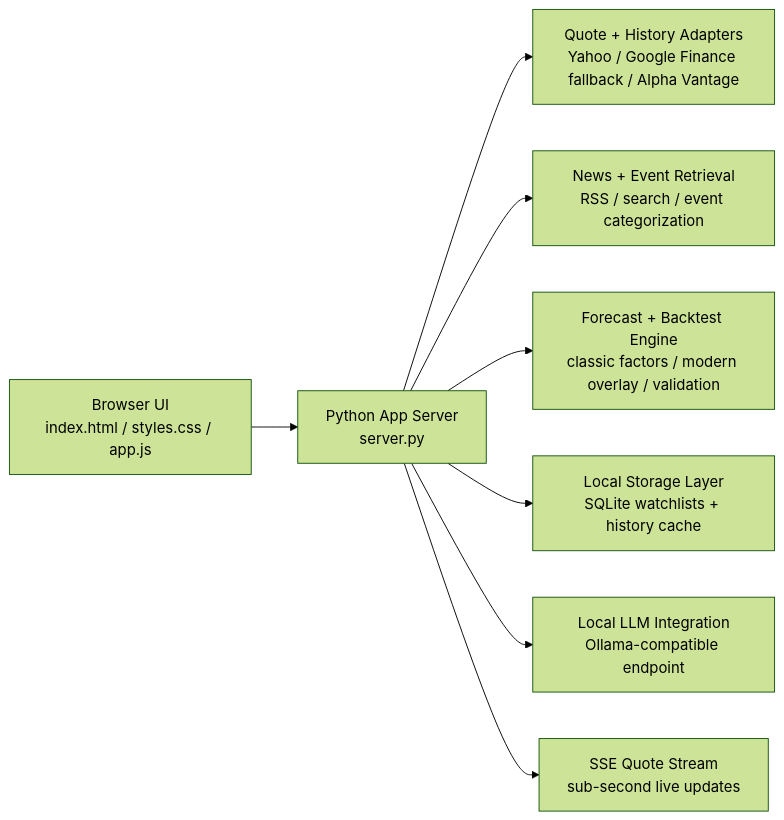
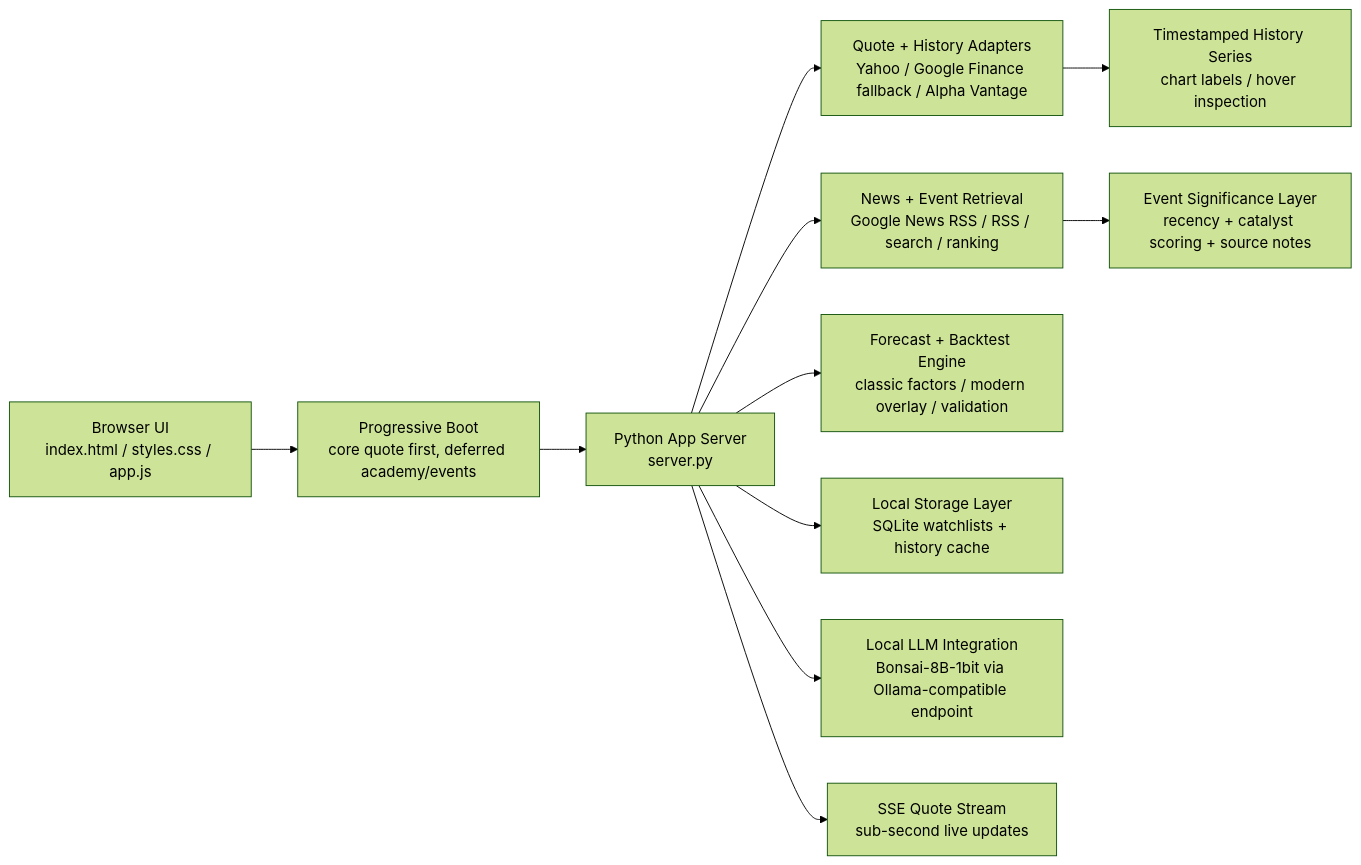
One commit to sarsiz/Financial-Market-Dashboard changed the diagram in README.md. Above: the diagram before and after it, drawn with Mermaid (forest theme). The commit also changed other lines of this file and 7 other files, not shown here.

Commit message:
v0.2 optimize loading and event flow

````diff
--- a/README.md
+++ b/README.md
@@ -33,10 +38,13 @@
 ```mermaid
 flowchart LR
-  A["Browser UI<br/>index.html / styles.css / app.js"] --> B["Python App Server<br/>server.py"]
+  A["Browser UI<br/>index.html / styles.css / app.js"] --> A1["Progressive Boot<br/>core quote first, deferred academy/events"]
+  A1 --> B["Python App Server<br/>server.py"]
   B --> C["Quote + History Adapters<br/>Yahoo / Google Finance fallback / Alpha Vantage"]
-  B --> D["News + Event Retrieval<br/>RSS / search / event categorization"]
+  B --> D["News + Event Retrieval<br/>Google News RSS / RSS / search / ranking"]
   B --> E["Forecast + Backtest Engine<br/>classic factors / modern overlay / validation"]
   B --> F["Local Storage Layer<br/>SQLite watchlists + history cache"]
-  B --> G["Local LLM Integration<br/>Ollama-compatible endpoint"]
+  B --> G["Local LLM Integration<br/>Bonsai-8B-1bit via Ollama-compatible endpoint"]
   B --> H["SSE Quote Stream<br/>sub-second live updates"]
+  C --> C1["Timestamped History Series<br/>chart labels / hover inspection"]
+  D --> D1["Event Significance Layer<br/>recency + catalyst scoring + source notes"]
 ```
````
